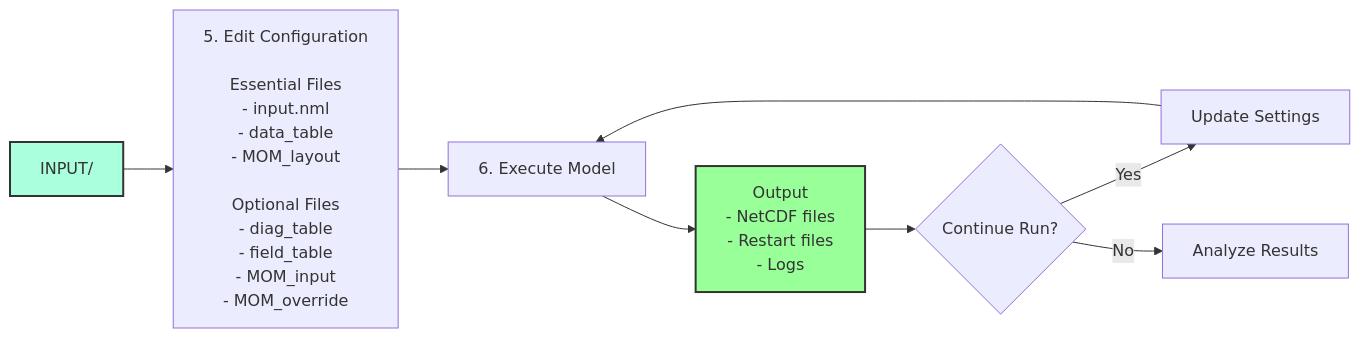
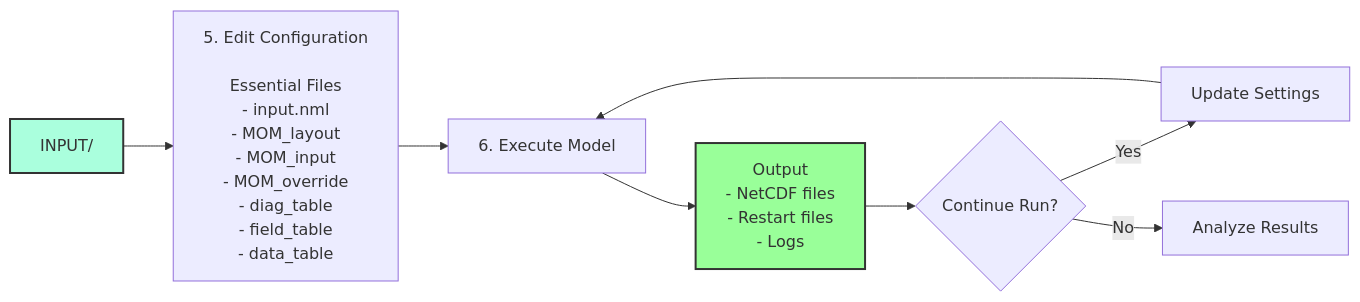
One commit to dksasaki/MOM6_COBALT_NEUS25 changed the second of 2 diagrams in exps/NEUS25.COBALT/README2.md. Above: the diagram before and after it, drawn with Mermaid.

````diff
--- a/exps/NEUS25.COBALT/README2.md
+++ b/exps/NEUS25.COBALT/README2.md
@@ -36,15 +36,15 @@
 ```mermaid
 flowchart LR
-    A[INPUT/] --> B[5. Edit Configuration <br/> <br/> Essential Files<br/>- input.nml<br/>- data_table<br/>- MOM_layout<br/> <br/>Optional Files<br/>- diag_table<br/>- field_table<br/>- MOM_input<br/>- MOM_override]
+    A[INPUT/] --> B[5. Edit Configuration <br/> <br/> Essential Files<br/>- input.nml<br/>- MOM_layout<br/>- MOM_input<br/>- MOM_override<br/>- diag_table<br/>- field_table<br/>- data_table]
     
     B --> D[6. Execute Model]
     D --> E[Output<br/>- NetCDF files<br/>- Restart files<br/>- Logs]
     
     E --> F{Continue Run?}
     F -->|Yes| G[Update Settings]
     G --> D
     F -->|No| H[Analyze Results]
     
     style A fill:#afd,stroke:#333,stroke-width:2px
     style E fill:#9f9,stroke:#333,stroke-width:2px
 ```
````
